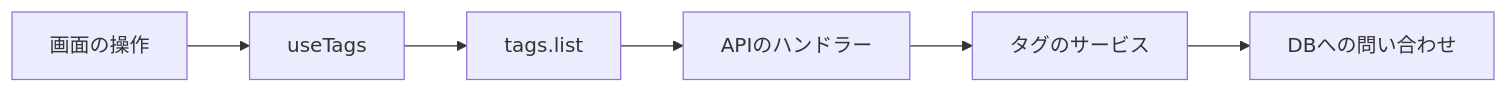
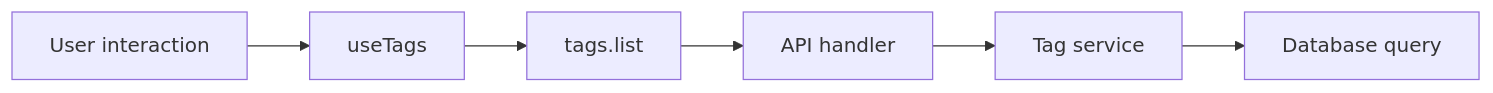
One commit to yukiharada1228/videoq changed the diagram in docs/getting-started/codebase.md. Above: the diagram before and after it, drawn with Mermaid. The commit also changed other lines of this file and 79 other files, not shown here.

````diff
--- a/docs/getting-started/codebase.md
+++ b/docs/getting-started/codebase.md
@@ -28,8 +28,8 @@
 ```mermaid
 flowchart LR
-    UI[画面の操作] --> Hook[useTags]
+    UI[User interaction] --> Hook[useTags]
     Hook --> Contract[tags.list]
-    Contract --> Handler[APIのハンドラー]
-    Handler --> Service[タグのサービス]
-    Service --> Repo[DBへの問い合わせ]
+    Contract --> Handler[API handler]
+    Handler --> Service[Tag service]
+    Service --> Repo[Database query]
 ```
````
